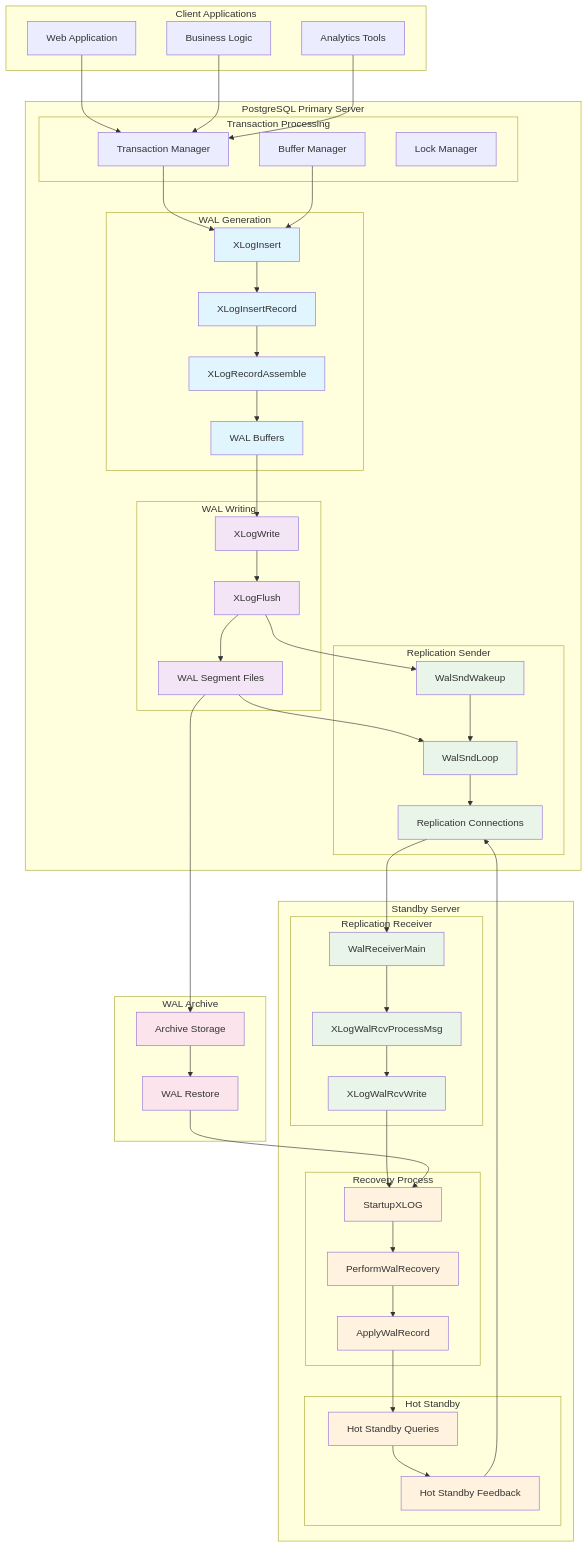
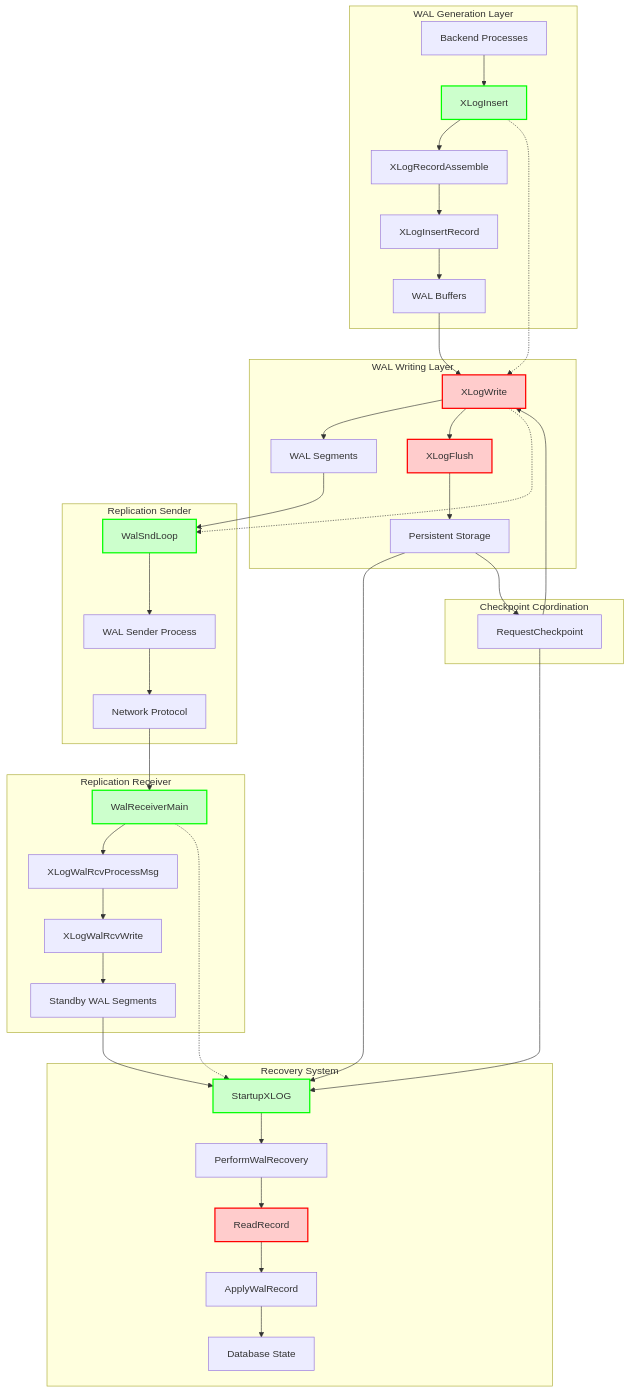
Before and after one commit to ryogrid/create_pg_super_document: the diagram in topic_specific_generated_docs/about_wal/diagrams/wal_architecture_overview.mermaid, drawn with Mermaid. The commit also changed 34 other files, not shown here.

```diff
--- a/topic_specific_generated_docs/about_wal/diagrams/wal_architecture_overview.mermaid
+++ b/topic_specific_generated_docs/about_wal/diagrams/wal_architecture_overview.mermaid
@@ -1,111 +1,55 @@
 graph TB
-    subgraph "Client Applications"
-        App1[Web Application]
-        App2[Business Logic]
-        App3[Analytics Tools]
+    subgraph "WAL Generation Layer"
+        A[Backend Processes] --> B[XLogInsert]
+        B --> C[XLogRecordAssemble]
+        C --> D[XLogInsertRecord]
+        D --> E[WAL Buffers]
     end
 
-    subgraph "PostgreSQL Primary Server"
-        subgraph "WAL Generation"
-            XLI[XLogInsert]
-            XLIR[XLogInsertRecord]
-            XLRA[XLogRecordAssemble]
-            WALBuf[WAL Buffers]
-        end
-
-        subgraph "WAL Writing"
-            XLW[XLogWrite]
-            XLF[XLogFlush]
-            WALFiles[WAL Segment Files]
-        end
-
-        subgraph "Replication Sender"
-            WSL[WalSndLoop]
-            WSW[WalSndWakeup]
-            RepConn[Replication Connections]
-        end
-
-        subgraph "Transaction Processing"
-            TXN[Transaction Manager]
-            BufMgr[Buffer Manager]
-            LockMgr[Lock Manager]
-        end
+    subgraph "WAL Writing Layer"
+        E --> F[XLogWrite]
+        F --> G[WAL Segments]
+        F --> H[XLogFlush]
+        H --> I[Persistent Storage]
     end
 
-    subgraph "Standby Server"
-        subgraph "Replication Receiver"
-            WRM[WalReceiverMain]
-            XWPM[XLogWalRcvProcessMsg]
-            XWRW[XLogWalRcvWrite]
-        end
-
-        subgraph "Recovery Process"
-            SX[StartupXLOG]
-            PWR[PerformWalRecovery]
-            AWR[ApplyWalRecord]
-        end
-
-        subgraph "Hot Standby"
-            HS[Hot Standby Queries]
-            HSF[Hot Standby Feedback]
-        end
+    subgraph "Replication Sender"
+        G --> J[WalSndLoop]
+        J --> K[WAL Sender Process]
+        K --> L[Network Protocol]
     end
 
-    subgraph "WAL Archive"
-        Archive[Archive Storage]
-        Restore[WAL Restore]
+    subgraph "Replication Receiver"
+        L --> M[WalReceiverMain]
+        M --> N[XLogWalRcvProcessMsg]
+        N --> O[XLogWalRcvWrite]
+        O --> P[Standby WAL Segments]
     end
 
-    %% Client connections
-    App1 --> TXN
-    App2 --> TXN
-    App3 --> TXN
+    subgraph "Recovery System"
+        I --> Q[StartupXLOG]
+        P --> Q
+        Q --> R[PerformWalRecovery]
+        R --> S[ReadRecord]
+        S --> T[ApplyWalRecord]
+        T --> U[Database State]
+    end
 
-    %% Primary WAL flow
-    TXN --> XLI
-    BufMgr --> XLI
-    XLI --> XLIR
-    XLIR --> XLRA
-    XLRA --> WALBuf
-    WALBuf --> XLW
-    XLW --> XLF
-    XLF --> WALFiles
+    subgraph "Checkpoint Coordination"
+        V[RequestCheckpoint] --> F
+        V --> Q
+        I --> V
+    end
 
-    %% Replication flow
-    WALFiles --> WSL
-    XLF --> WSW
-    WSW --> WSL
-    WSL --> RepConn
+    %% Critical paths highlighting
+    B -.-> F
+    F -.-> J
+    M -.-> Q
 
-    %% Standby reception
-    RepConn --> WRM
-    WRM --> XWPM
-    XWPM --> XWRW
-    XWRW --> SX
+    %% Performance bottlenecks
+    classDef bottleneck fill:#ffcccc,stroke:#ff0000,stroke-width:2px
+    class F,H,S,B bottleneck
 
-    %% Recovery process
-    SX --> PWR
-    PWR --> AWR
-    AWR --> HS
-
-    %% Hot Standby feedback
-    HS --> HSF
-    HSF --> RepConn
-
-    %% Archive integration
-    WALFiles --> Archive
-    Archive --> Restore
-    Restore --> SX
-
-    %% Styling
-    classDef walGeneration fill:#e1f5fe
-    classDef walWriting fill:#f3e5f5
-    classDef replication fill:#e8f5e8
-    classDef recovery fill:#fff3e0
-    classDef storage fill:#fce4ec
-
-    class XLI,XLIR,XLRA,WALBuf walGeneration
-    class XLW,XLF,WALFiles walWriting
-    class WSL,WSW,RepConn,WRM,XWPM,XWRW replication
-    class SX,PWR,AWR,HS,HSF recovery
-    class Archive,Restore storage
+    %% Entry points
+    classDef entry fill:#ccffcc,stroke:#00ff00,stroke-width:2px
+    class B,J,M,Q entry
```
